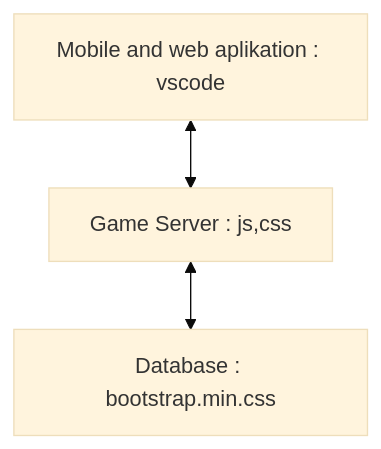
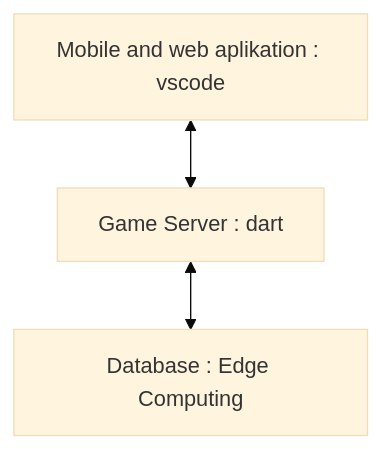
Before and after one commit to Hasbi2104/tugas-uts: the diagram in Curriculum Vitae Job.md, drawn with Mermaid (base theme).

Commit message:
Update Curriculum Vitae Job.md

````diff
--- a/Curriculum Vitae Job.md
+++ b/Curriculum Vitae Job.md
@@ -83,5 +83,5 @@
 ```mermaid
 flowchart TD
-    A[Mobile and web aplikation : vscode] <-->   B[Game Server : js,css] 
-    B <--> C[Database : bootstrap.min.css]
+    A[Mobile and web aplikation : vscode] <-->   B[Game Server : dart] 
+    B <--> C[Database : Edge Computing ]
 ```
````
